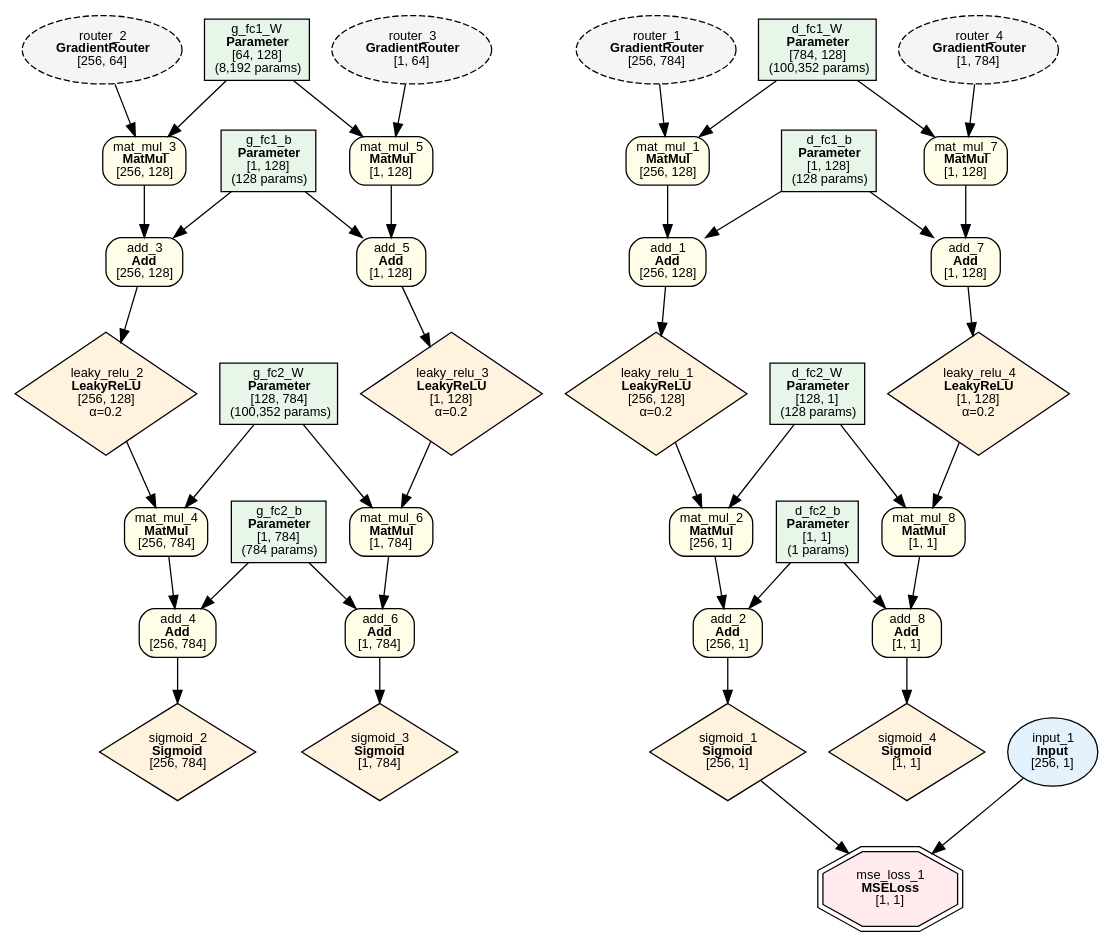
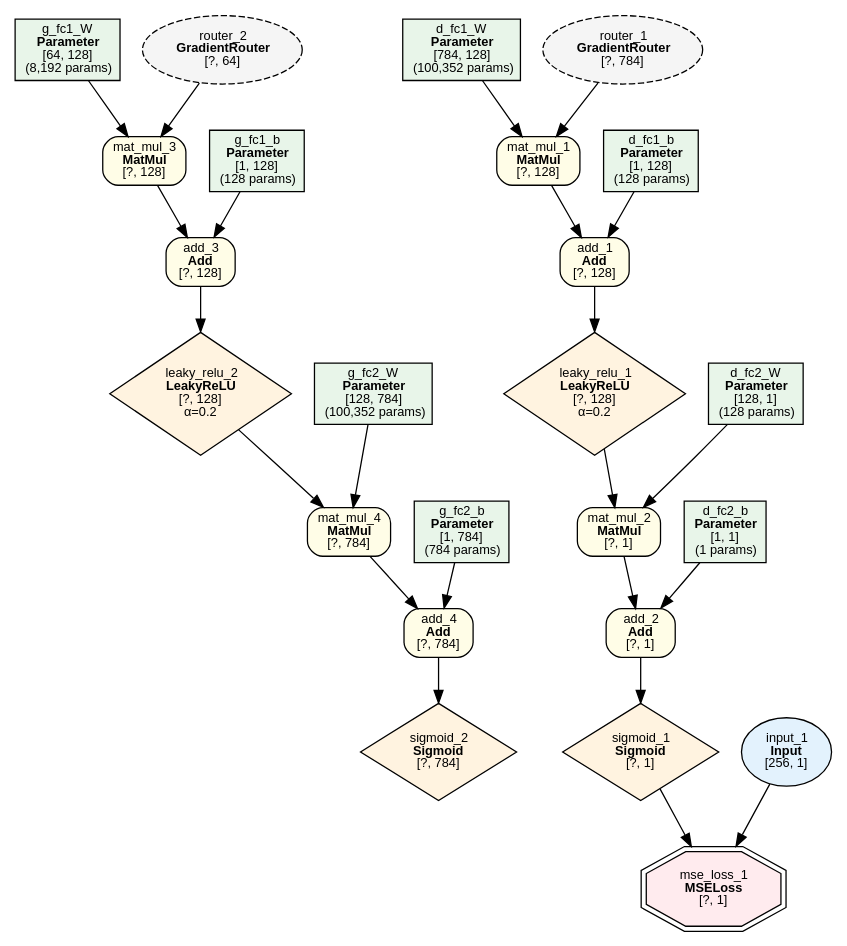
Before and after one commit to dbsxdbsx/only_torch: the diagram in examples/mnist_gan/mnist_gan.dot, drawn with Graphviz. The commit also changed 72 other files, not shown here.

```diff
--- a/examples/mnist_gan/mnist_gan.dot
+++ b/examples/mnist_gan/mnist_gan.dot
@@ -1,87 +1,53 @@
 digraph Model {
     rankdir=TB;
     node [fontname="Microsoft YaHei,SimHei,Arial"];
     edge [fontname="Microsoft YaHei,SimHei,Arial"];
 
     "1" [label=<g_fc1_W<BR/><B>Parameter</B><BR/>[64, 128]<BR/>(8,192 params)> shape=box style=filled fillcolor="#E8F5E9" fontsize=10];
     "2" [label=<g_fc1_b<BR/><B>Parameter</B><BR/>[1, 128]<BR/>(128 params)> shape=box style=filled fillcolor="#E8F5E9" fontsize=10];
     "3" [label=<g_fc2_W<BR/><B>Parameter</B><BR/>[128, 784]<BR/>(100,352 params)> shape=box style=filled fillcolor="#E8F5E9" fontsize=10];
     "4" [label=<g_fc2_b<BR/><B>Parameter</B><BR/>[1, 784]<BR/>(784 params)> shape=box style=filled fillcolor="#E8F5E9" fontsize=10];
     "5" [label=<d_fc1_W<BR/><B>Parameter</B><BR/>[784, 128]<BR/>(100,352 params)> shape=box style=filled fillcolor="#E8F5E9" fontsize=10];
     "6" [label=<d_fc1_b<BR/><B>Parameter</B><BR/>[1, 128]<BR/>(128 params)> shape=box style=filled fillcolor="#E8F5E9" fontsize=10];
     "7" [label=<d_fc2_W<BR/><B>Parameter</B><BR/>[128, 1]<BR/>(128 params)> shape=box style=filled fillcolor="#E8F5E9" fontsize=10];
     "8" [label=<d_fc2_b<BR/><B>Parameter</B><BR/>[1, 1]<BR/>(1 params)> shape=box style=filled fillcolor="#E8F5E9" fontsize=10];
-    "9" [label=<router_1<BR/><B>GradientRouter</B><BR/>[256, 784]> shape=ellipse style="filled,dashed" fillcolor="#F5F5F5" fontsize=10];
-    "10" [label=<mat_mul_1<BR/><B>MatMul</B><BR/>[256, 128]> shape=box style="filled,rounded" fillcolor="#FFFDE7" fontsize=10];
-    "11" [label=<add_1<BR/><B>Add</B><BR/>[256, 128]> shape=box style="filled,rounded" fillcolor="#FFFDE7" fontsize=10];
-    "12" [label=<leaky_relu_1<BR/><B>LeakyReLU</B><BR/>[256, 128]<BR/>α=0.2> shape=diamond style=filled fillcolor="#FFF3E0" fontsize=10];
-    "13" [label=<mat_mul_2<BR/><B>MatMul</B><BR/>[256, 1]> shape=box style="filled,rounded" fillcolor="#FFFDE7" fontsize=10];
-    "14" [label=<add_2<BR/><B>Add</B><BR/>[256, 1]> shape=box style="filled,rounded" fillcolor="#FFFDE7" fontsize=10];
-    "15" [label=<sigmoid_1<BR/><B>Sigmoid</B><BR/>[256, 1]> shape=diamond style=filled fillcolor="#FFF3E0" fontsize=10];
+    "9" [label=<router_1<BR/><B>GradientRouter</B><BR/>[?, 784]> shape=ellipse style="filled,dashed" fillcolor="#F5F5F5" fontsize=10];
+    "10" [label=<mat_mul_1<BR/><B>MatMul</B><BR/>[?, 128]> shape=box style="filled,rounded" fillcolor="#FFFDE7" fontsize=10];
+    "11" [label=<add_1<BR/><B>Add</B><BR/>[?, 128]> shape=box style="filled,rounded" fillcolor="#FFFDE7" fontsize=10];
+    "12" [label=<leaky_relu_1<BR/><B>LeakyReLU</B><BR/>[?, 128]<BR/>α=0.2> shape=diamond style=filled fillcolor="#FFF3E0" fontsize=10];
+    "13" [label=<mat_mul_2<BR/><B>MatMul</B><BR/>[?, 1]> shape=box style="filled,rounded" fillcolor="#FFFDE7" fontsize=10];
+    "14" [label=<add_2<BR/><B>Add</B><BR/>[?, 1]> shape=box style="filled,rounded" fillcolor="#FFFDE7" fontsize=10];
+    "15" [label=<sigmoid_1<BR/><B>Sigmoid</B><BR/>[?, 1]> shape=diamond style=filled fillcolor="#FFF3E0" fontsize=10];
     "16" [label=<input_1<BR/><B>Input</B><BR/>[256, 1]> shape=ellipse style=filled fillcolor="#E3F2FD" fontsize=10];
-    "17" [label=<mse_loss_1<BR/><B>MSELoss</B><BR/>[1, 1]> shape=doubleoctagon style=filled fillcolor="#FFEBEE" fontsize=10];
-    "18" [label=<router_2<BR/><B>GradientRouter</B><BR/>[256, 64]> shape=ellipse style="filled,dashed" fillcolor="#F5F5F5" fontsize=10];
-    "19" [label=<mat_mul_3<BR/><B>MatMul</B><BR/>[256, 128]> shape=box style="filled,rounded" fillcolor="#FFFDE7" fontsize=10];
-    "20" [label=<add_3<BR/><B>Add</B><BR/>[256, 128]> shape=box style="filled,rounded" fillcolor="#FFFDE7" fontsize=10];
-    "21" [label=<leaky_relu_2<BR/><B>LeakyReLU</B><BR/>[256, 128]<BR/>α=0.2> shape=diamond style=filled fillcolor="#FFF3E0" fontsize=10];
-    "22" [label=<mat_mul_4<BR/><B>MatMul</B><BR/>[256, 784]> shape=box style="filled,rounded" fillcolor="#FFFDE7" fontsize=10];
-    "23" [label=<add_4<BR/><B>Add</B><BR/>[256, 784]> shape=box style="filled,rounded" fillcolor="#FFFDE7" fontsize=10];
-    "24" [label=<sigmoid_2<BR/><B>Sigmoid</B><BR/>[256, 784]> shape=diamond style=filled fillcolor="#FFF3E0" fontsize=10];
-    "25" [label=<router_3<BR/><B>GradientRouter</B><BR/>[1, 64]> shape=ellipse style="filled,dashed" fillcolor="#F5F5F5" fontsize=10];
-    "26" [label=<mat_mul_5<BR/><B>MatMul</B><BR/>[1, 128]> shape=box style="filled,rounded" fillcolor="#FFFDE7" fontsize=10];
-    "27" [label=<add_5<BR/><B>Add</B><BR/>[1, 128]> shape=box style="filled,rounded" fillcolor="#FFFDE7" fontsize=10];
-    "28" [label=<leaky_relu_3<BR/><B>LeakyReLU</B><BR/>[1, 128]<BR/>α=0.2> shape=diamond style=filled fillcolor="#FFF3E0" fontsize=10];
-    "29" [label=<mat_mul_6<BR/><B>MatMul</B><BR/>[1, 784]> shape=box style="filled,rounded" fillcolor="#FFFDE7" fontsize=10];
-    "30" [label=<add_6<BR/><B>Add</B><BR/>[1, 784]> shape=box style="filled,rounded" fillcolor="#FFFDE7" fontsize=10];
-    "31" [label=<sigmoid_3<BR/><B>Sigmoid</B><BR/>[1, 784]> shape=diamond style=filled fillcolor="#FFF3E0" fontsize=10];
-    "32" [label=<router_4<BR/><B>GradientRouter</B><BR/>[1, 784]> shape=ellipse style="filled,dashed" fillcolor="#F5F5F5" fontsize=10];
-    "33" [label=<mat_mul_7<BR/><B>MatMul</B><BR/>[1, 128]> shape=box style="filled,rounded" fillcolor="#FFFDE7" fontsize=10];
-    "34" [label=<add_7<BR/><B>Add</B><BR/>[1, 128]> shape=box style="filled,rounded" fillcolor="#FFFDE7" fontsize=10];
-    "35" [label=<leaky_relu_4<BR/><B>LeakyReLU</B><BR/>[1, 128]<BR/>α=0.2> shape=diamond style=filled fillcolor="#FFF3E0" fontsize=10];
-    "36" [label=<mat_mul_8<BR/><B>MatMul</B><BR/>[1, 1]> shape=box style="filled,rounded" fillcolor="#FFFDE7" fontsize=10];
-    "37" [label=<add_8<BR/><B>Add</B><BR/>[1, 1]> shape=box style="filled,rounded" fillcolor="#FFFDE7" fontsize=10];
-    "38" [label=<sigmoid_4<BR/><B>Sigmoid</B><BR/>[1, 1]> shape=diamond style=filled fillcolor="#FFF3E0" fontsize=10];
+    "17" [label=<mse_loss_1<BR/><B>MSELoss</B><BR/>[?, 1]> shape=doubleoctagon style=filled fillcolor="#FFEBEE" fontsize=10];
+    "18" [label=<router_2<BR/><B>GradientRouter</B><BR/>[?, 64]> shape=ellipse style="filled,dashed" fillcolor="#F5F5F5" fontsize=10];
+    "19" [label=<mat_mul_3<BR/><B>MatMul</B><BR/>[?, 128]> shape=box style="filled,rounded" fillcolor="#FFFDE7" fontsize=10];
+    "20" [label=<add_3<BR/><B>Add</B><BR/>[?, 128]> shape=box style="filled,rounded" fillcolor="#FFFDE7" fontsize=10];
+    "21" [label=<leaky_relu_2<BR/><B>LeakyReLU</B><BR/>[?, 128]<BR/>α=0.2> shape=diamond style=filled fillcolor="#FFF3E0" fontsize=10];
+    "22" [label=<mat_mul_4<BR/><B>MatMul</B><BR/>[?, 784]> shape=box style="filled,rounded" fillcolor="#FFFDE7" fontsize=10];
+    "23" [label=<add_4<BR/><B>Add</B><BR/>[?, 784]> shape=box style="filled,rounded" fillcolor="#FFFDE7" fontsize=10];
+    "24" [label=<sigmoid_2<BR/><B>Sigmoid</B><BR/>[?, 784]> shape=diamond style=filled fillcolor="#FFF3E0" fontsize=10];
 
     "9" -> "10";
     "5" -> "10";
     "10" -> "11";
     "6" -> "11";
     "11" -> "12";
     "12" -> "13";
     "7" -> "13";
     "13" -> "14";
     "8" -> "14";
     "14" -> "15";
     "15" -> "17";
     "16" -> "17";
     "18" -> "19";
     "1" -> "19";
     "19" -> "20";
     "2" -> "20";
     "20" -> "21";
     "21" -> "22";
     "3" -> "22";
     "22" -> "23";
     "4" -> "23";
     "23" -> "24";
-    "25" -> "26";
-    "1" -> "26";
-    "26" -> "27";
-    "2" -> "27";
-    "27" -> "28";
-    "28" -> "29";
-    "3" -> "29";
-    "29" -> "30";
-    "4" -> "30";
-    "30" -> "31";
-    "32" -> "33";
-    "5" -> "33";
-    "33" -> "34";
-    "6" -> "34";
-    "34" -> "35";
-    "35" -> "36";
-    "7" -> "36";
-    "36" -> "37";
-    "8" -> "37";
-    "37" -> "38";
 }
```
